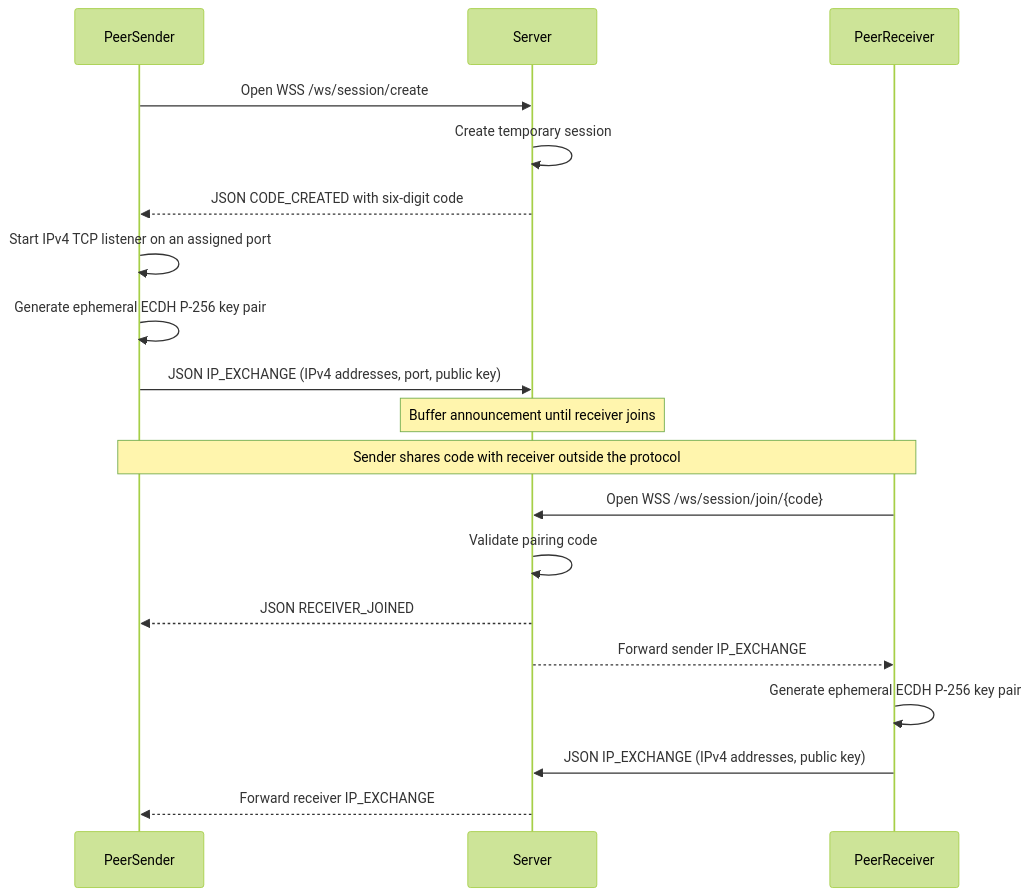
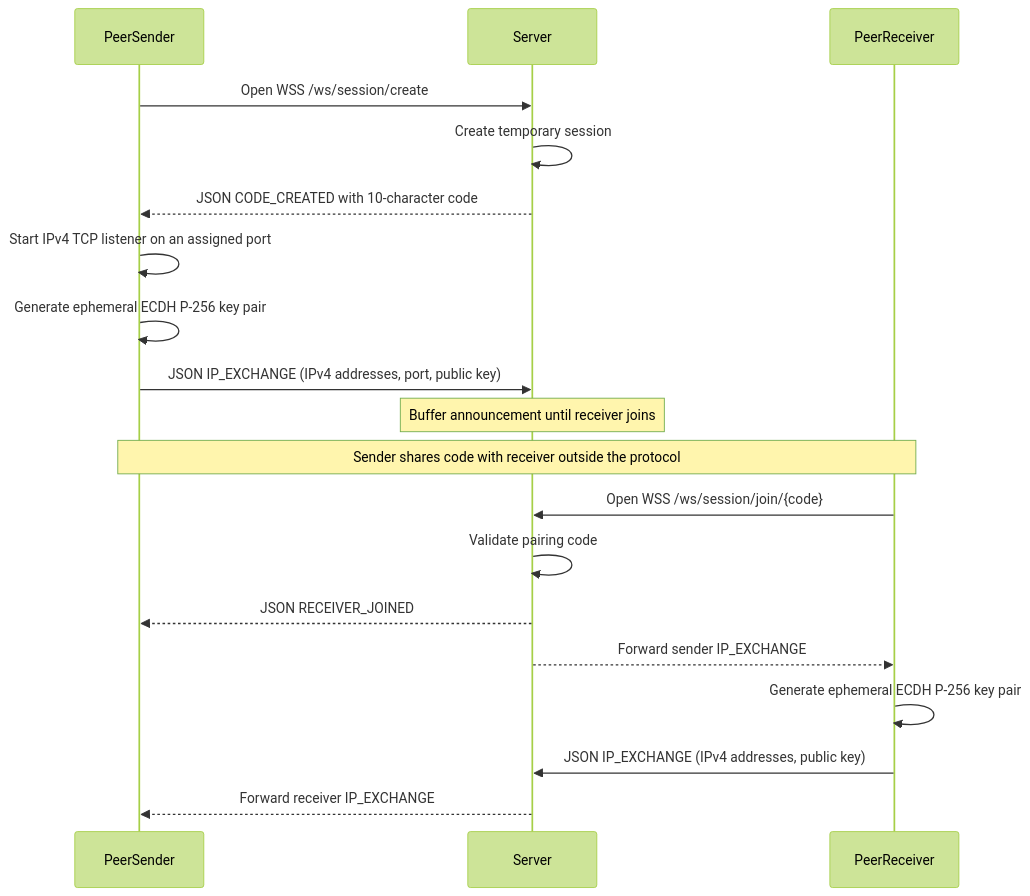
Before and after one commit to Franchef/Pifeon: the first of 5 diagrams in docs/FLOWS.md, drawn with Mermaid (forest theme). The commit also changed other lines of this file and 5 other files, not shown here.

````diff
--- a/docs/FLOWS.md
+++ b/docs/FLOWS.md
@@ -16,22 +16,22 @@
 ```mermaid
 sequenceDiagram
     participant S as PeerSender
     participant H as Server
     participant R as PeerReceiver
 
     S->>H: Open WSS /ws/session/create
     H->>H: Create temporary session
-    H-->>S: JSON CODE_CREATED with six-digit code
+    H-->>S: JSON CODE_CREATED with 10-character code
     S->>S: Start IPv4 TCP listener on an assigned port
     S->>S: Generate ephemeral ECDH P-256 key pair
     S->>H: JSON IP_EXCHANGE (IPv4 addresses, port, public key)
     Note over H: Buffer announcement until receiver joins
     Note over S,R: Sender shares code with receiver outside the protocol
     R->>H: Open WSS /ws/session/join/{code}
     H->>H: Validate pairing code
     H-->>S: JSON RECEIVER_JOINED
     H-->>R: Forward sender IP_EXCHANGE
     R->>R: Generate ephemeral ECDH P-256 key pair
     R->>H: JSON IP_EXCHANGE (IPv4 addresses, public key)
     H-->>S: Forward receiver IP_EXCHANGE
 ```
````
